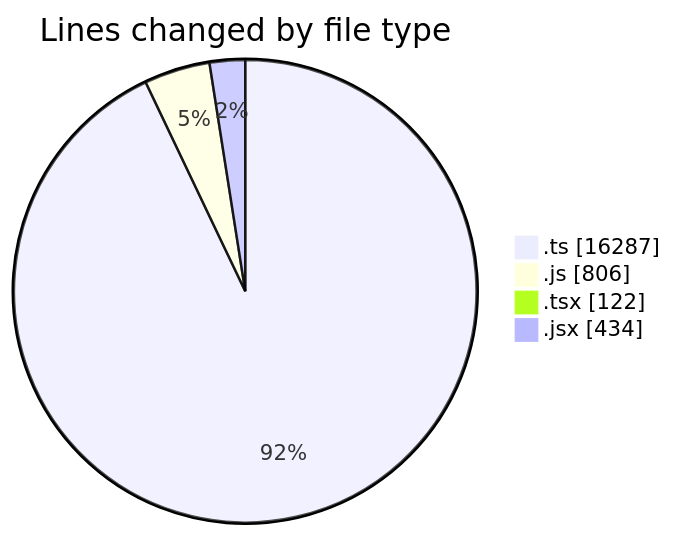
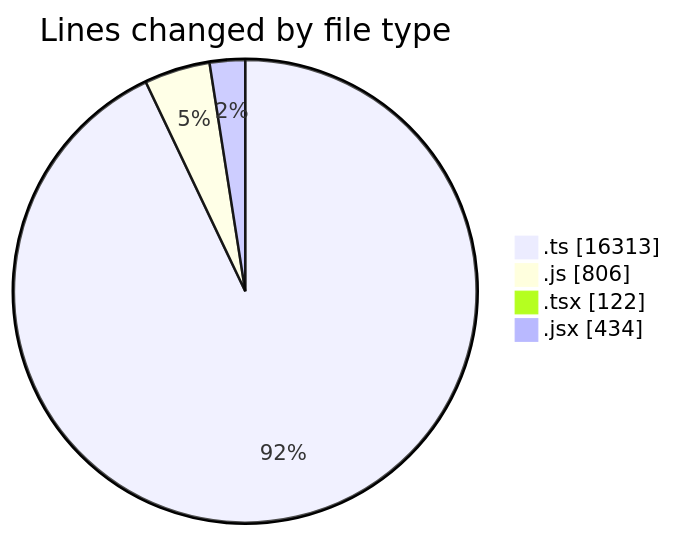
One commit to momahboobian/code-tracking changed the first of 2 diagrams in 2025-11-12/cda/README.md. Above: the diagram before and after it, drawn with Mermaid. The commit also changed other lines of this file and 1 other file, not shown here.

````diff
--- a/2025-11-12/cda/README.md
+++ b/2025-11-12/cda/README.md
@@ -33,8 +33,8 @@
 ```mermaid
 pie showData
 title Lines changed by file type
-".ts" : 16287
+".ts" : 16313
 ".js" : 806
 ".tsx" : 122
 ".jsx" : 434
 ```
````
